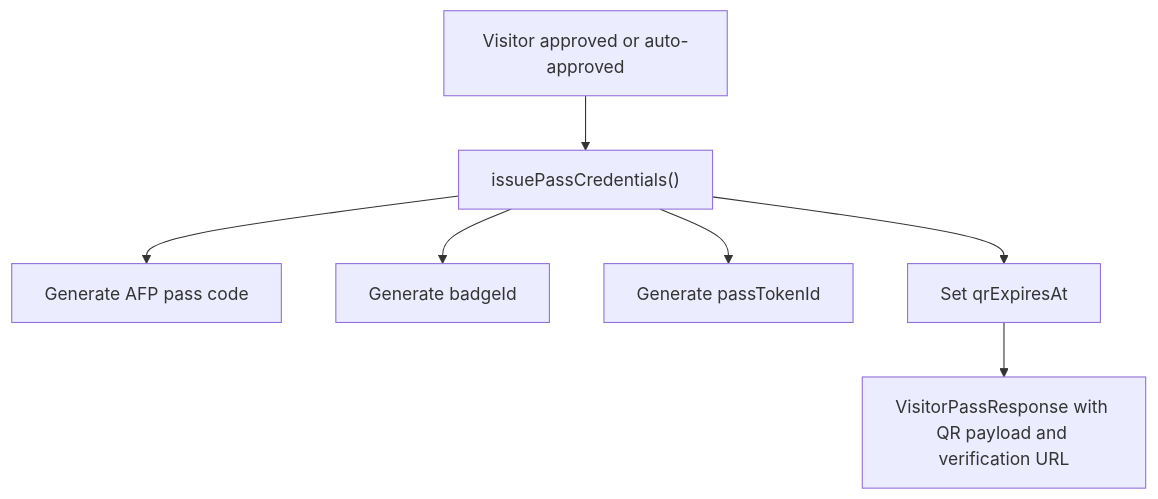
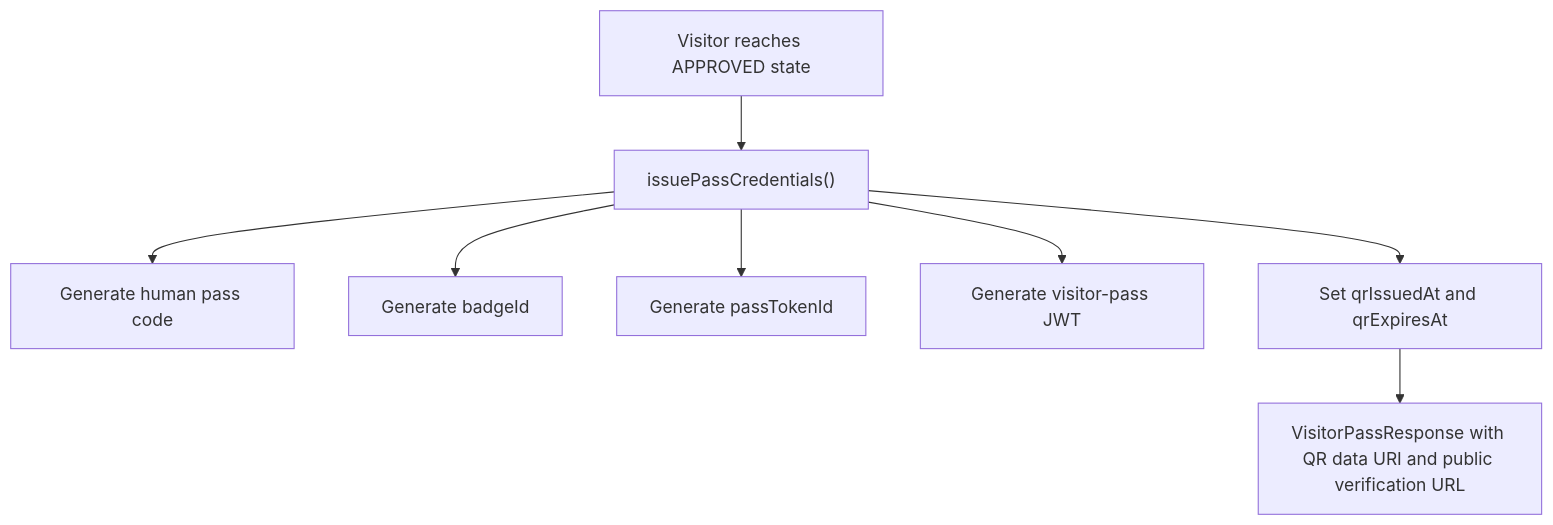
Before and after one commit to digitaldodo/visitor-management-system: diagram 19 of 42 in PROJECT_OVERVIEW.md, drawn with Mermaid. The commit also changed other lines of this file and 1 other file, not shown here.

````diff
--- a/PROJECT_OVERVIEW.md
+++ b/PROJECT_OVERVIEW.md
@@ -300,9 +412,10 @@
 ```mermaid
 flowchart TD
-    Approved["Visitor approved or auto-approved"] --> Issue["issuePassCredentials()"]
-    Issue --> Code["Generate AFP pass code"]
+    Approved["Visitor reaches APPROVED state"] --> Issue["issuePassCredentials()"]
+    Issue --> PassCode["Generate human pass code"]
     Issue --> Badge["Generate badgeId"]
     Issue --> Token["Generate passTokenId"]
-    Issue --> Expiry["Set qrExpiresAt"]
-    Expiry --> Response["VisitorPassResponse with QR payload and verification URL"]
+    Issue --> VisitorJwt["Generate visitor-pass JWT"]
+    Issue --> Expiry["Set qrIssuedAt and qrExpiresAt"]
+    Expiry --> Response["VisitorPassResponse with QR data URI and public verification URL"]
 ```
````
